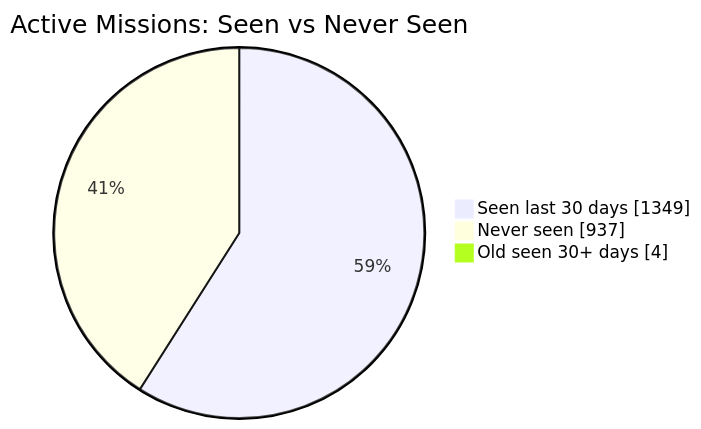
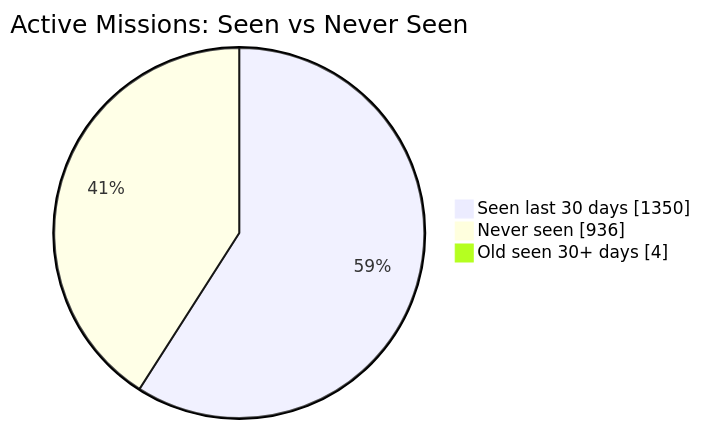
One commit to MeldkamerspelGameTeam/active-missions changed the first of 2 diagrams in README.md. Above: the diagram before and after it, drawn with Mermaid. The commit also changed other lines of this file and 3 other files, not shown here.

````diff
--- a/README.md
+++ b/README.md
@@ -34,7 +34,7 @@
 ```mermaid
 pie showData
     title Active Missions: Seen vs Never Seen
-    "Seen last 30 days" : 1349
-    "Never seen" : 937
+    "Seen last 30 days" : 1350
+    "Never seen" : 936
     "Old seen 30+ days" : 4
 ```
````
